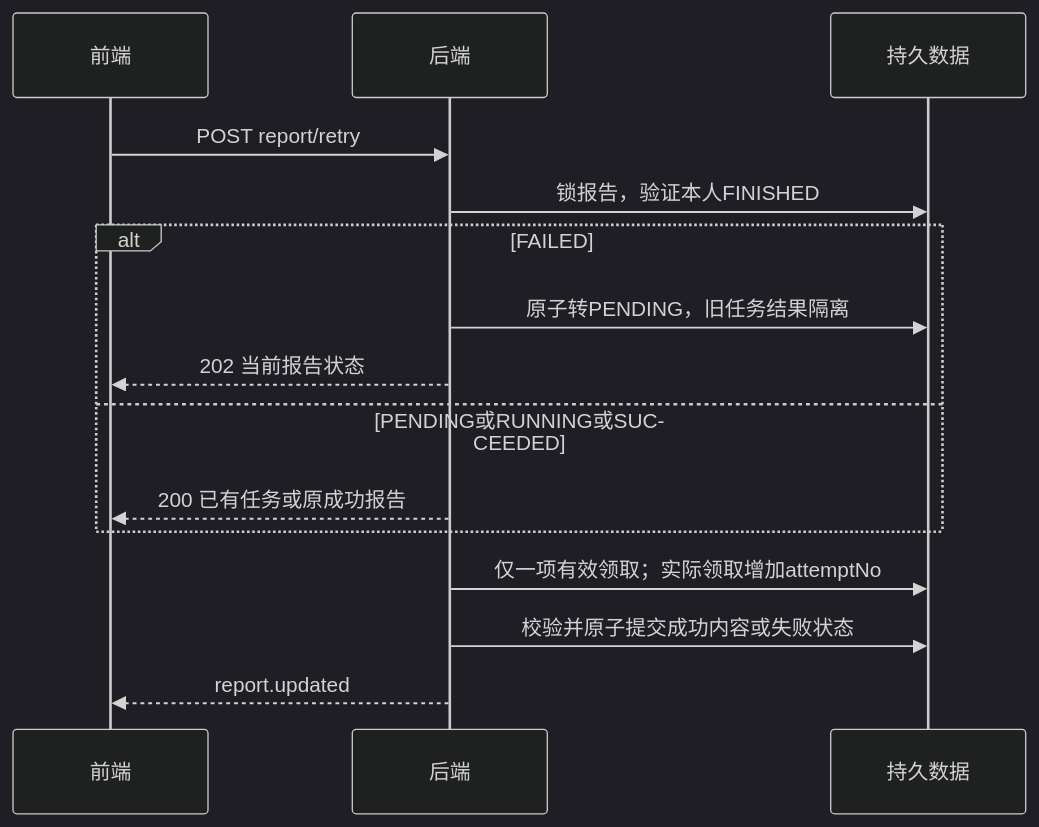
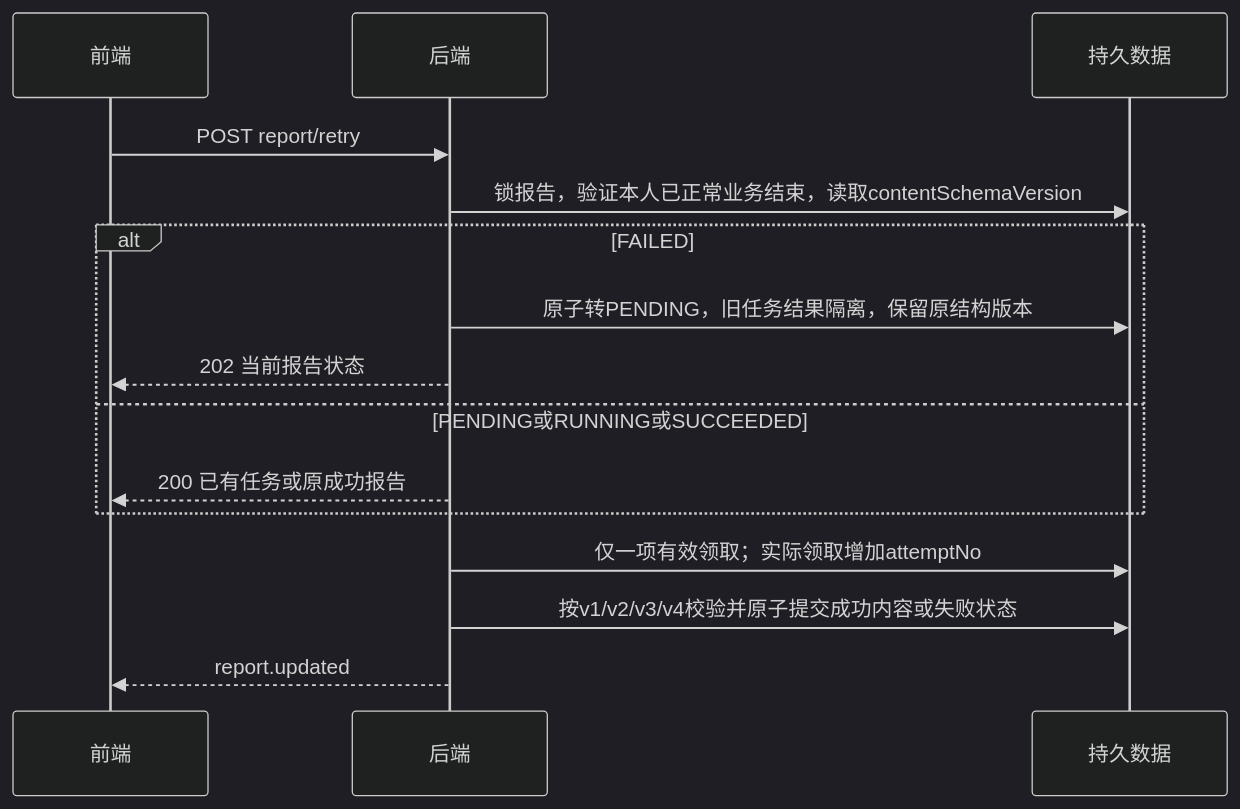
One commit to CARL-zhou7/AI-anti-scrm-new changed the fourth of 4 diagrams in docs/AI反诈情景推演平台_接口文档_V1_1.md. Above: the diagram before and after it, drawn with Mermaid (dark theme). The commit also changed other lines of this file and 131 other files, not shown here.

````diff
--- a/docs/AI反诈情景推演平台_接口文档_V1_1.md
+++ b/docs/AI反诈情景推演平台_接口文档_V1_1.md
@@ -220,17 +256,17 @@
 ```mermaid
 sequenceDiagram
   participant U as 前端
   participant B as 后端
   participant D as 持久数据
   U->>B: POST report/retry
-  B->>D: 锁报告，验证本人FINISHED
+  B->>D: 锁报告，验证本人已正常业务结束，读取contentSchemaVersion
   alt FAILED
-    B->>D: 原子转PENDING，旧任务结果隔离
+    B->>D: 原子转PENDING，旧任务结果隔离，保留原结构版本
     B-->>U: 202 当前报告状态
   else PENDING或RUNNING或SUCCEEDED
     B-->>U: 200 已有任务或原成功报告
   end
   B->>D: 仅一项有效领取；实际领取增加attemptNo
-  B->>D: 校验并原子提交成功内容或失败状态
+  B->>D: 按v1/v2/v3/v4校验并原子提交成功内容或失败状态
   B-->>U: report.updated
 ```
````
